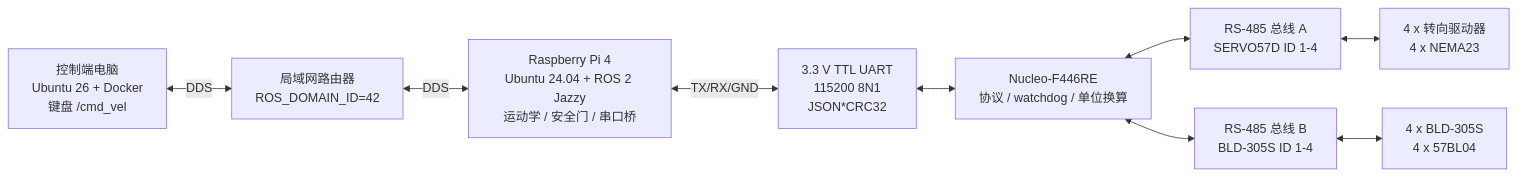
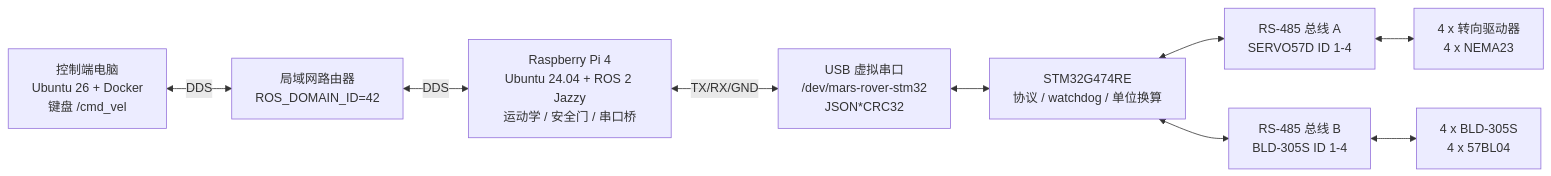
One commit to lixiang-moss/rover changed the first of 2 diagrams in docs/火星车硬件部署与联调操作手册.md. Above: the diagram before and after it, drawn with Mermaid. The commit also changed other lines of this file and 46 other files, not shown here.

````diff
--- a/docs/火星车硬件部署与联调操作手册.md
+++ b/docs/火星车硬件部署与联调操作手册.md
@@ -94,19 +94,19 @@
 ```mermaid
 flowchart LR
     PC["控制端电脑<br/>Ubuntu 26 + Docker<br/>键盘 /cmd_vel"]
     LAN["局域网路由器<br/>ROS_DOMAIN_ID=42"]
     PI["Raspberry Pi 4<br/>Ubuntu 24.04 + ROS 2 Jazzy<br/>运动学 / 安全门 / 串口桥"]
-    UART["3.3 V TTL UART<br/>115200 8N1<br/>JSON*CRC32"]
-    MCU["Nucleo-F446RE<br/>协议 / watchdog / 单位换算"]
+    UART["USB 虚拟串口<br/>/dev/mars-rover-stm32<br/>JSON*CRC32"]
+    MCU["STM32G474RE<br/>协议 / watchdog / 单位换算"]
     RS1["RS-485 总线 A<br/>SERVO57D ID 1-4"]
     RS2["RS-485 总线 B<br/>BLD-305S ID 1-4"]
     STEER["4 x 转向驱动器<br/>4 x NEMA23"]
     DRIVE["4 x BLD-305S<br/>4 x 57BL04"]
 
     PC <-->|DDS| LAN
     LAN <-->|DDS| PI
     PI <-->|TX/RX/GND| UART
     UART <--> MCU
     MCU <--> RS1 <--> STEER
     MCU <--> RS2 <--> DRIVE
 ```
````
